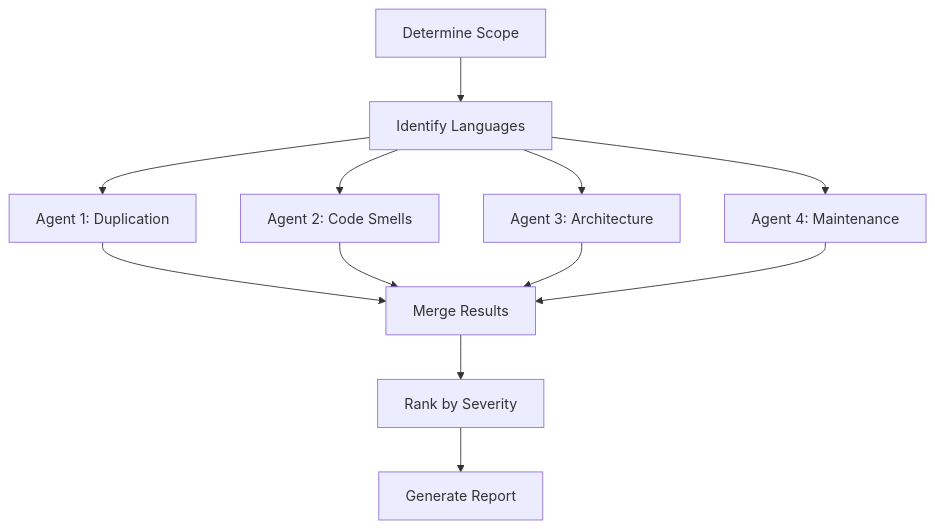
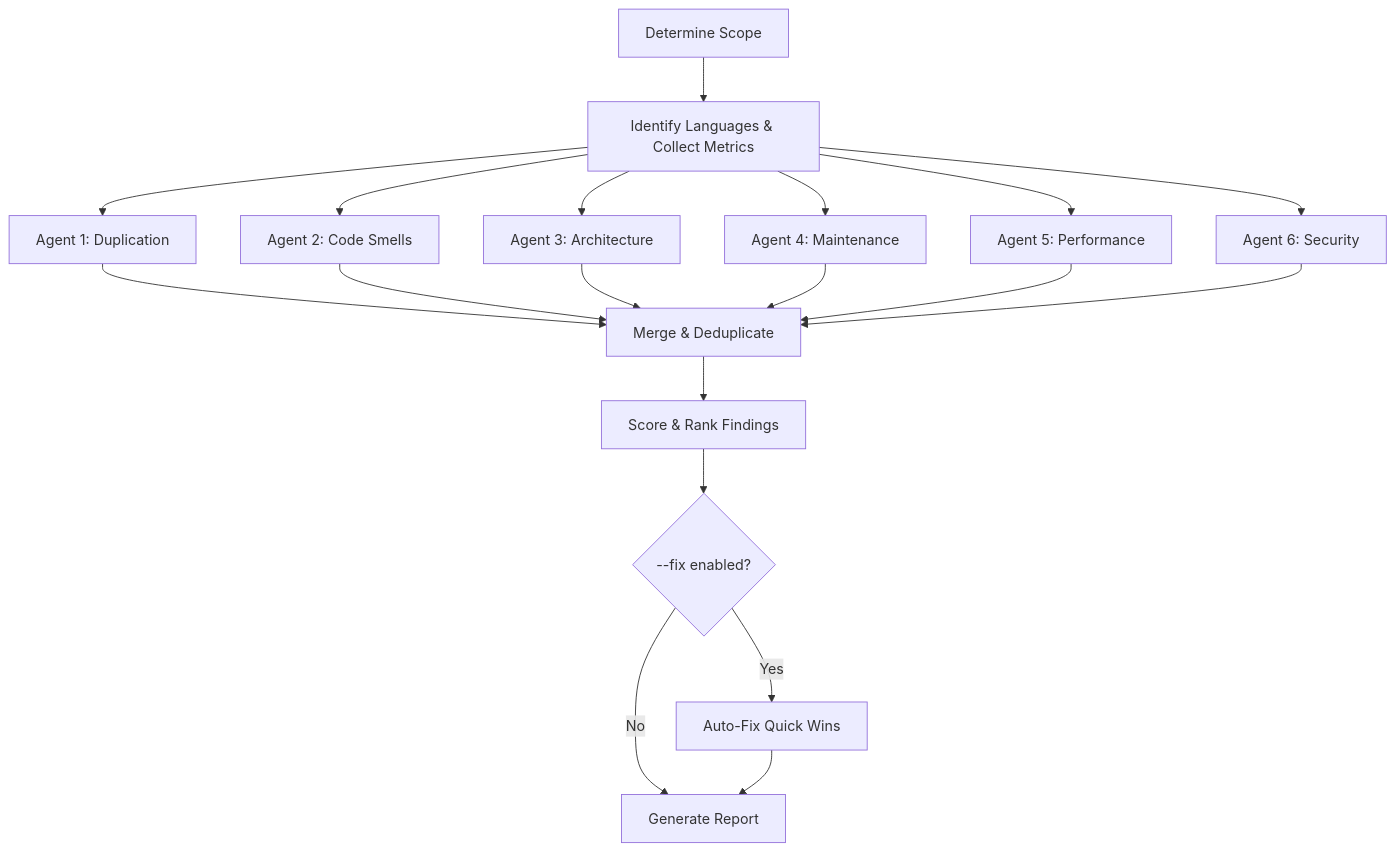
One commit to MitchellX/awesome-skills changed the diagram in skills/techdebt/README.md. Above: the diagram before and after it, drawn with Mermaid. The commit also changed other lines of this file and 1 other file, not shown here.

Commit message:
docs: update techdebt README with 6 agents, priority scoring, auto-fix, and more

````diff
--- a/skills/techdebt/README.md
+++ b/skills/techdebt/README.md
@@ -24,14 +29,21 @@
 ```mermaid
 flowchart TD
-    A[Determine Scope] --> B[Identify Languages]
+    A[Determine Scope] --> B[Identify Languages & Collect Metrics]
     B --> C1[Agent 1: Duplication]
     B --> C2[Agent 2: Code Smells]
     B --> C3[Agent 3: Architecture]
     B --> C4[Agent 4: Maintenance]
-    C1 --> D[Merge Results]
+    B --> C5[Agent 5: Performance]
+    B --> C6[Agent 6: Security]
+    C1 --> D[Merge & Deduplicate]
     C2 --> D
     C3 --> D
     C4 --> D
-    D --> E[Rank by Severity]
-    E --> F[Generate Report]
+    C5 --> D
+    C6 --> D
+    D --> E[Score & Rank Findings]
+    E --> F{--fix enabled?}
+    F -->|Yes| G[Auto-Fix Quick Wins]
+    F -->|No| H[Generate Report]
+    G --> H
 ```
````
